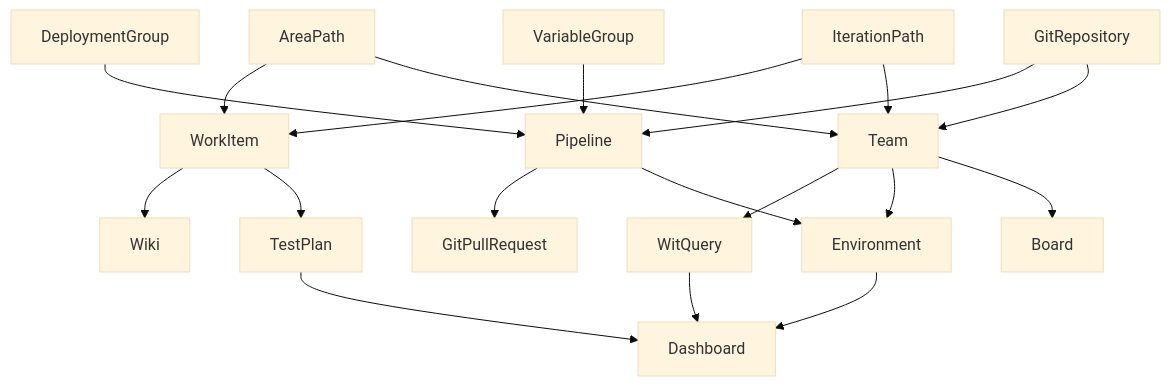
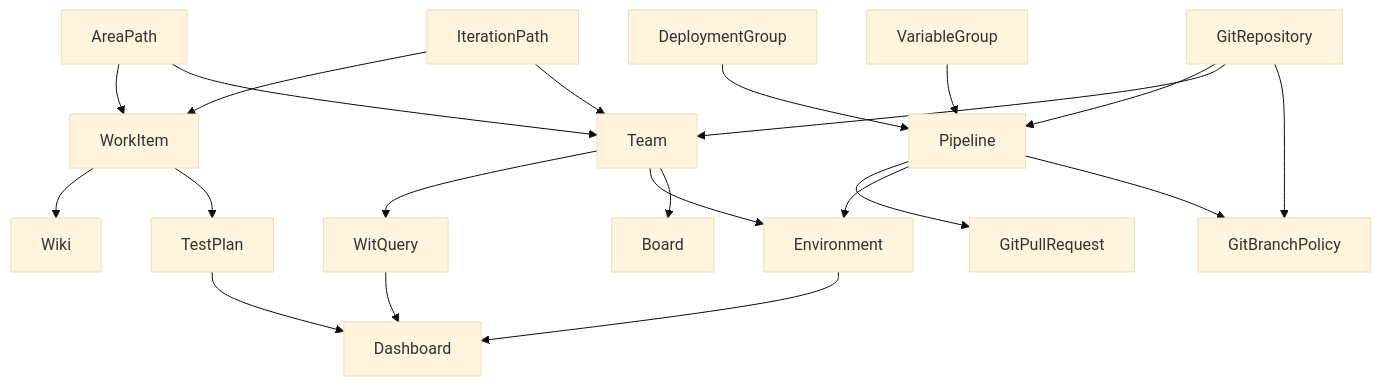
One commit to solidify/azure-devops-backup-tool-docs changed the diagram in order-of-adapter-dependencies.md. Above: the diagram before and after it, drawn with Mermaid (base theme).

````diff
--- a/order-of-adapter-dependencies.md
+++ b/order-of-adapter-dependencies.md
@@ -11,21 +11,23 @@
 ```mermaid
 graph TD;
   DeploymentGroup-->Pipeline;
   VariableGroup-->Pipeline;
   GitRepository-->Pipeline;
   AreaPath-->WorkItem;
   IterationPath-->WorkItem;
   WorkItem-->Wiki;
   WorkItem-->TestPlan;
   AreaPath-->Team;
   IterationPath-->Team;
   Team-->WitQuery
   Pipeline-->GitPullRequest;
   Team-->Environment;
   Pipeline-->Environment;
   Team-->Board;
   Environment-->Dashboard;
   WitQuery-->Dashboard;
   TestPlan-->Dashboard;
   GitRepository-->Team;
+  GitRepository-->GitBranchPolicy;
+  Pipeline-->GitBranchPolicy;
 ```
````
